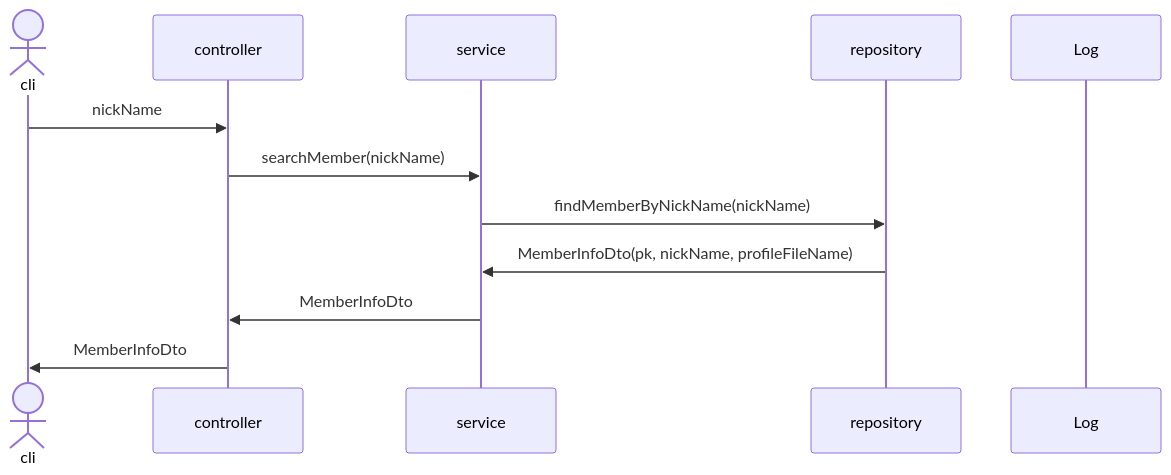
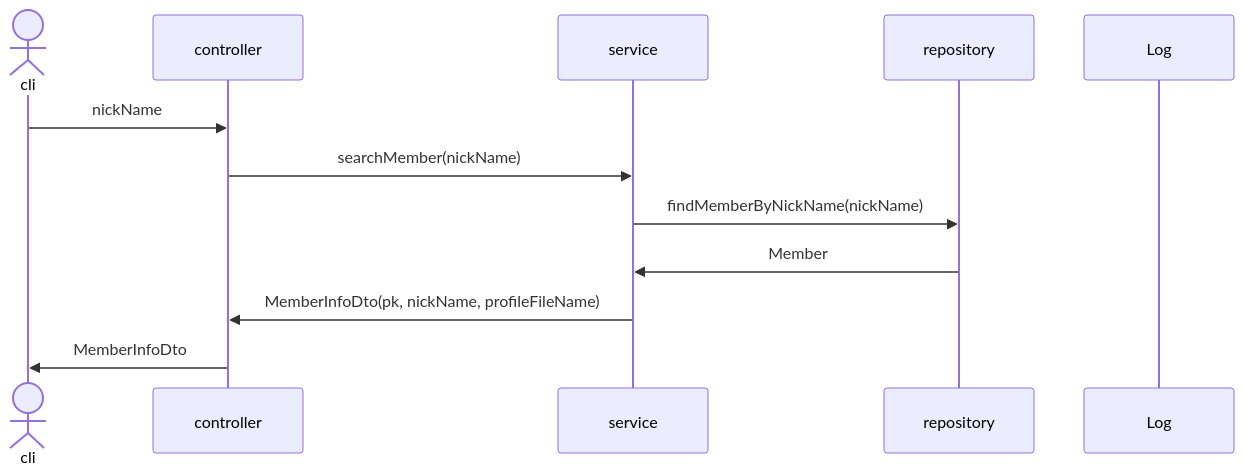
One commit to mtak0235/snsX changed diagram 15 of 30 in sequence.md. Above: the diagram before and after it, drawn with Mermaid. The commit also changed 12 other files, not shown here.

````diff
--- a/sequence.md
+++ b/sequence.md
@@ -358,15 +358,15 @@
 ```mermaid
 sequenceDiagram
 actor cli
 participant c as controller
 participant s as service
 participant r as repository
 participant l as Log
 
 cli->>c: nickName
 c->>s: searchMember(nickName)
 s->>r: findMemberByNickName(nickName)
-r->>s: MemberInfoDto(pk, nickName, profileFileName)
-s->>c: MemberInfoDto
+r->>s: Member
+s->>c: MemberInfoDto(pk, nickName, profileFileName)
 c->>cli: MemberInfoDto
 ```
````
